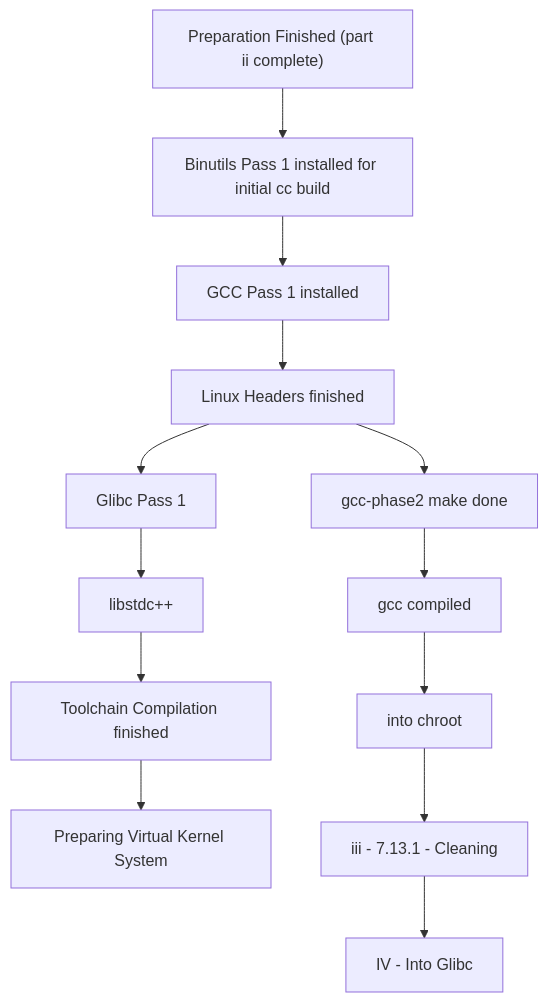
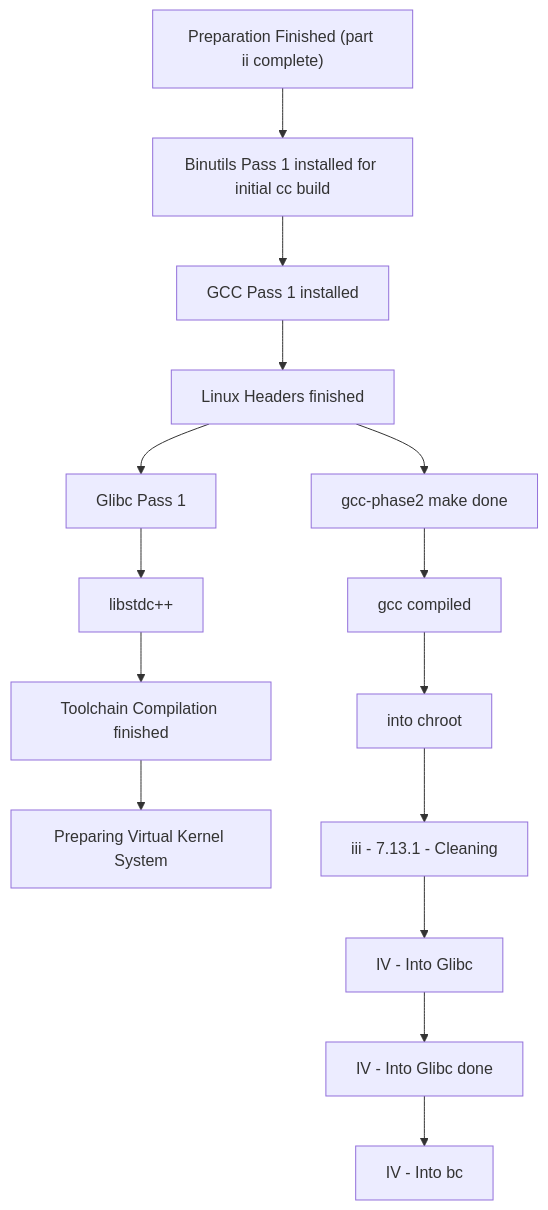
Before and after one commit to Somayyah/lfs: the diagram in snapshots.md, drawn with Mermaid.

Commit message:
IV - Into bc

````diff
--- a/snapshots.md
+++ b/snapshots.md
@@ -5,20 +5,22 @@
 ```mermaid
 flowchart TD;
     A["Preparation Finished (part ii complete)"]
     B["Binutils Pass 1 installed for initial cc build"]
     C["GCC Pass 1 installed"]
     D["Linux Headers finished"]
     E["Glibc Pass 1"]
     F["libstdc++"]
     G["Toolchain Compilation finished"]
     H["Preparing Virtual Kernel System"]
 
     D2["gcc-phase2 make done"]
 	E2["gcc compiled"]
 	F2["into chroot"]
 	G2["iii - 7.13.1 - Cleaning"]
 	H2["IV - Into Glibc"]
+	I2["IV - Into Glibc done"]
+	J2["IV - Into bc"]
 	
     A --> B --> C --> D --> E --> F --> G --> H;
-    D --> D2 --> E2 --> F2 --> G2 --> H2;
+    D --> D2 --> E2 --> F2 --> G2 --> H2 --> I2 --> J2;
 ```
````
